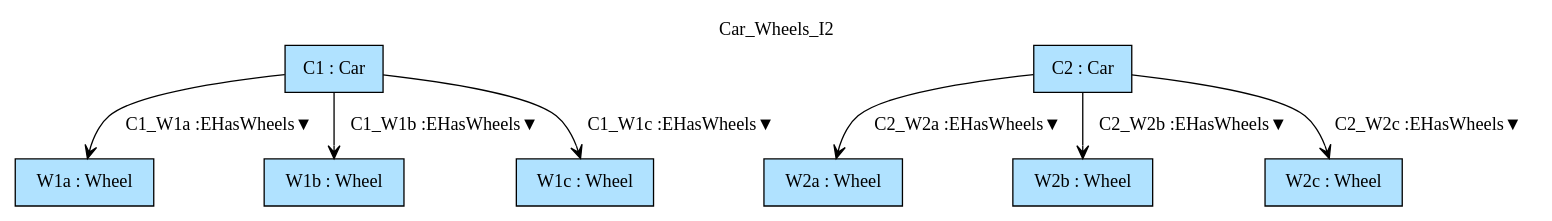
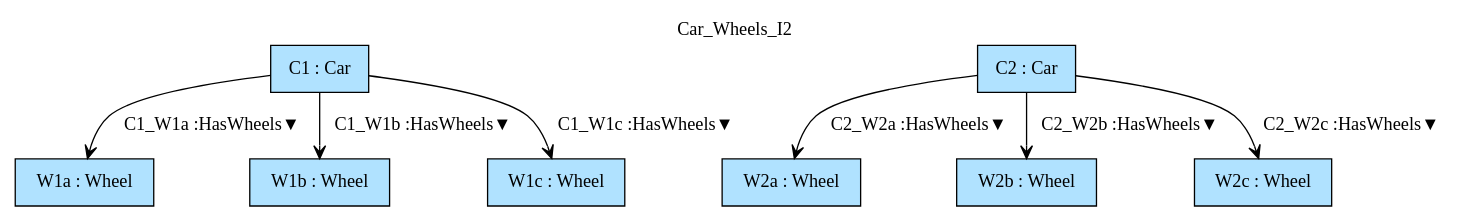
One commit to namalio/Fragmenta changed the diagram in Haskell/FragmentaTests/SGVehicleParts/img/Car_Wheels_I2.gv. Above: the diagram before and after it, drawn with Graphviz. The commit also changed 32 other files, not shown here.

```diff
--- a/Haskell/FragmentaTests/SGVehicleParts/img/Car_Wheels_I2.gv
+++ b/Haskell/FragmentaTests/SGVehicleParts/img/Car_Wheels_I2.gv
@@ -1,17 +1,17 @@
 digraph {graph[label=Car_Wheels_I2,labelloc=tl,labelfontsize=12];
 "W1a"[shape=box,fillcolor=lightskyblue1,style = filled,label="W1a : Wheel"];
 "W1b"[shape=box,fillcolor=lightskyblue1,style = filled,label="W1b : Wheel"];
 "C1"[shape=box,fillcolor=lightskyblue1,style = filled,label="C1 : Car"];
 "W1c"[shape=box,fillcolor=lightskyblue1,style = filled,label="W1c : Wheel"];
 "W2a"[shape=box,fillcolor=lightskyblue1,style = filled,label="W2a : Wheel"];
 "W2b"[shape=box,fillcolor=lightskyblue1,style = filled,label="W2b : Wheel"];
 "C2"[shape=box,fillcolor=lightskyblue1,style = filled,label="C2 : Car"];
 "W2c"[shape=box,fillcolor=lightskyblue1,style = filled,label="W2c : Wheel"];
 
-"C1"->"W1a"[label="C1_W1a :EHasWheels▼",arrowhead=vee];
-"C1"->"W1b"[label="C1_W1b :EHasWheels▼",arrowhead=vee];
-"C1"->"W1c"[label="C1_W1c :EHasWheels▼",arrowhead=vee];
-"C2"->"W2a"[label="C2_W2a :EHasWheels▼",arrowhead=vee];
-"C2"->"W2b"[label="C2_W2b :EHasWheels▼",arrowhead=vee];
-"C2"->"W2c"[label="C2_W2c :EHasWheels▼",arrowhead=vee];
+"C1"->"W1a"[label="C1_W1a :HasWheels▼",arrowhead=vee];
+"C1"->"W1b"[label="C1_W1b :HasWheels▼",arrowhead=vee];
+"C1"->"W1c"[label="C1_W1c :HasWheels▼",arrowhead=vee];
+"C2"->"W2a"[label="C2_W2a :HasWheels▼",arrowhead=vee];
+"C2"->"W2b"[label="C2_W2b :HasWheels▼",arrowhead=vee];
+"C2"->"W2c"[label="C2_W2c :HasWheels▼",arrowhead=vee];
 }
```
